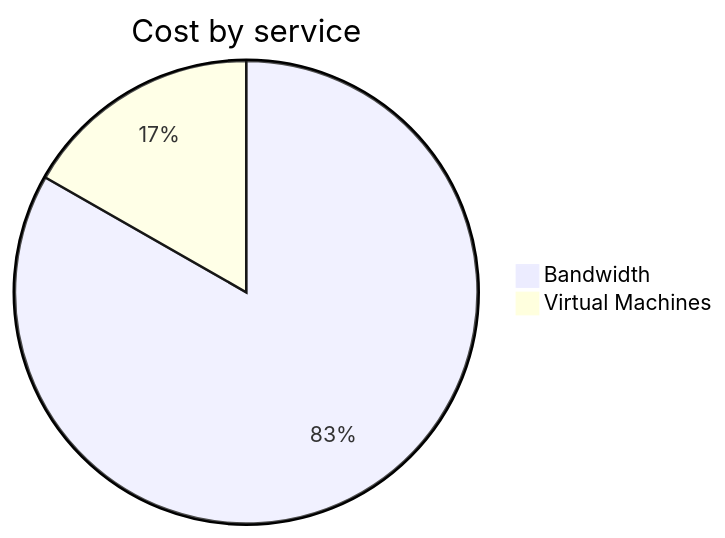
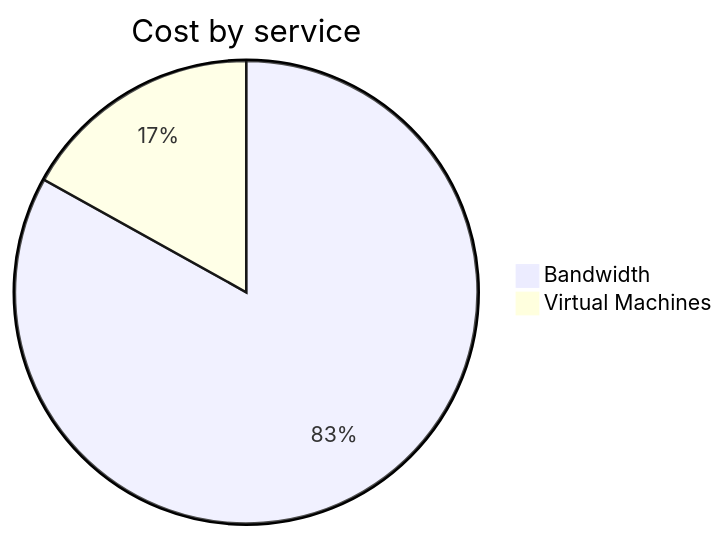
Before and after one commit to jpfulton/azure-personal-reports: the second of 4 diagrams in cost-reports/personal-network/vpn-server.md, drawn with Mermaid. The commit also changed other lines of this file and 8 other files, not shown here.

````diff
--- a/cost-reports/personal-network/vpn-server.md
+++ b/cost-reports/personal-network/vpn-server.md
@@ -92,6 +92,6 @@
 ```mermaid
 pie
    title Cost by service
-   "Bandwidth" : 1.94
-   "Virtual Machines" : 0.39
+   "Bandwidth" : 2.75
+   "Virtual Machines" : 0.56
 ```
````
